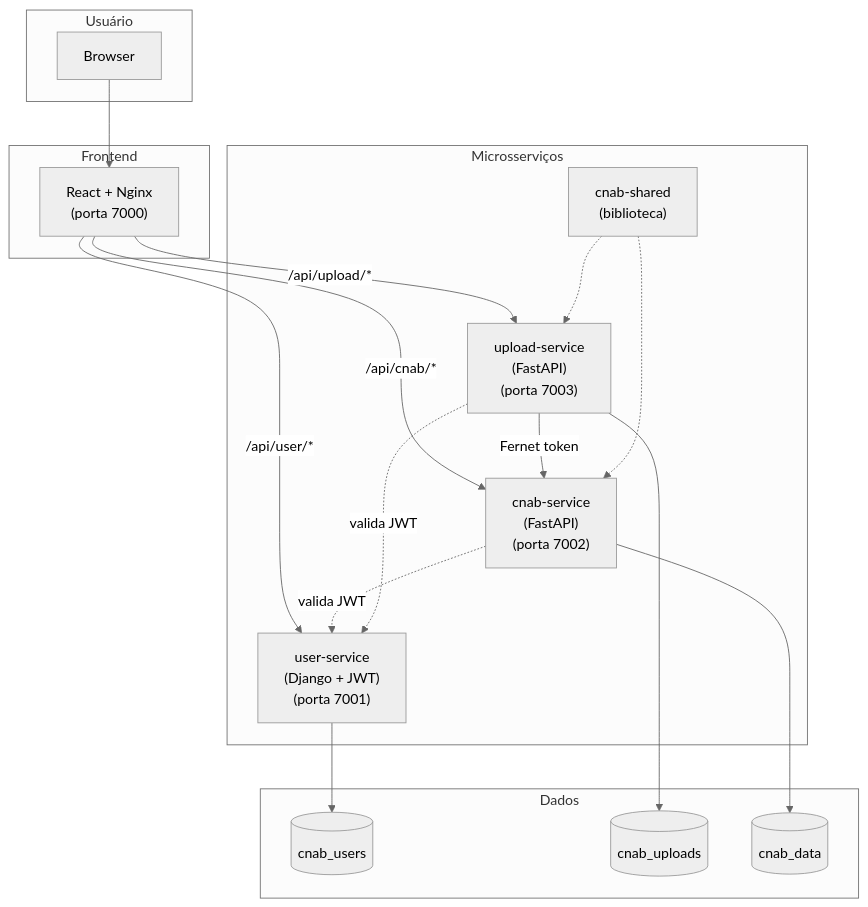
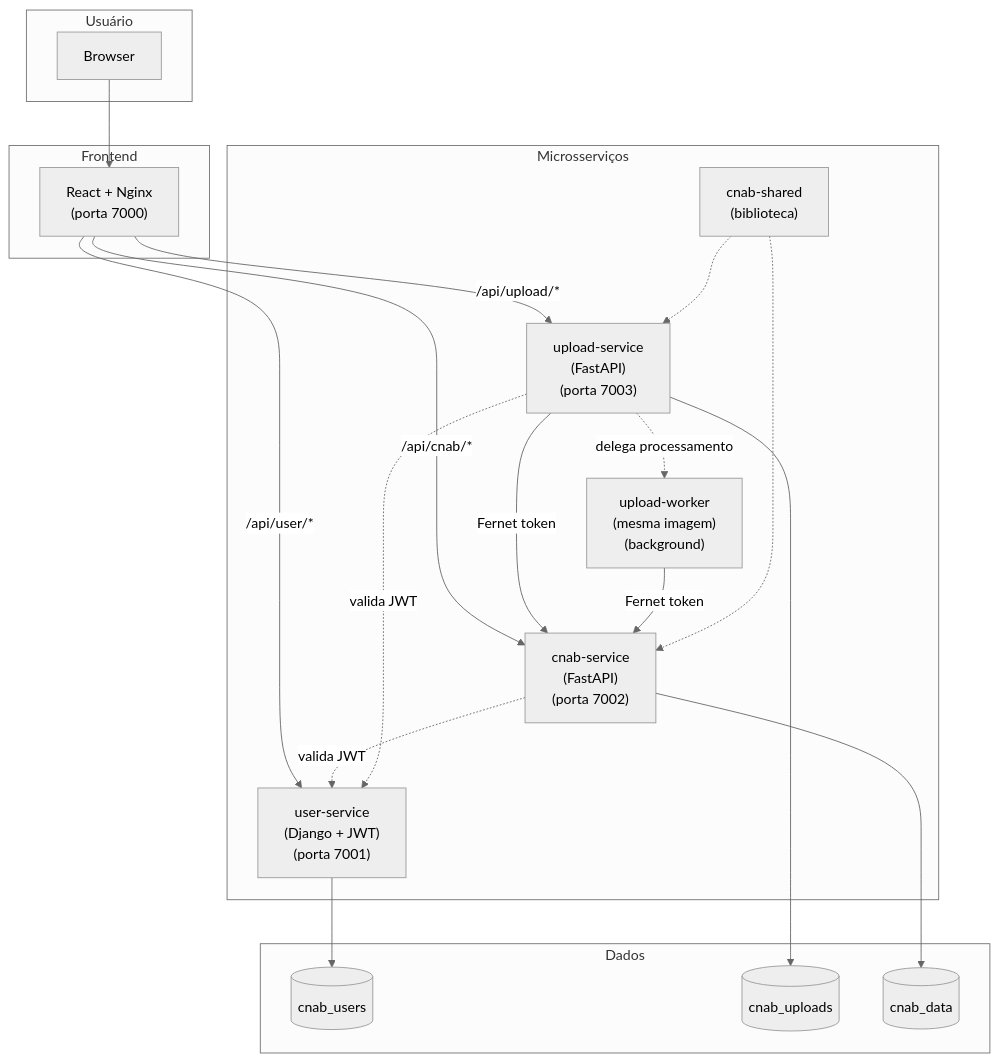
The diagram in docs/00-context/system-context.md (LucasBiason/desafio-dev), drawn with Mermaid (neutral theme) before and after one commit. The commit also changed other lines of this file and 45 other files, not shown here.

First line of the commit message:
feat(dashboard): extract cnab-dashboard service, redesign frontend charts and filters

````diff
--- a/docs/00-context/system-context.md
+++ b/docs/00-context/system-context.md
@@ -16,36 +16,39 @@
 ```mermaid
 flowchart TB
   subgraph User["Usuário"]
     Browser[Browser]
   end
 
   subgraph Frontend["Frontend"]
     FE["React + Nginx\n(porta 7000)"]
   end
 
   subgraph Services["Microsserviços"]
     US["user-service\n(Django + JWT)\n(porta 7001)"]
     UPS["upload-service\n(FastAPI)\n(porta 7003)"]
+    UPW["upload-worker\n(mesma imagem)\n(background)"]
     CS["cnab-service\n(FastAPI)\n(porta 7002)"]
     SH["cnab-shared\n(biblioteca)"]
   end
 
   subgraph Data["Dados"]
     PG_USERS[("cnab_users")]
     PG_UPLOADS[("cnab_uploads")]
     PG_DATA[("cnab_data")]
   end
 
   Browser --> FE
   FE -->|"/api/user/*"| US
   FE -->|"/api/upload/*"| UPS
   FE -->|"/api/cnab/*"| CS
   UPS -->|"Fernet token"| CS
+  UPS -.->|"delega processamento"| UPW
+  UPW -->|"Fernet token"| CS
   CS -.->|"valida JWT"| US
   UPS -.->|"valida JWT"| US
   SH -.-> CS
   SH -.-> UPS
   US --> PG_USERS
   UPS --> PG_UPLOADS
   CS --> PG_DATA
 ```
````
